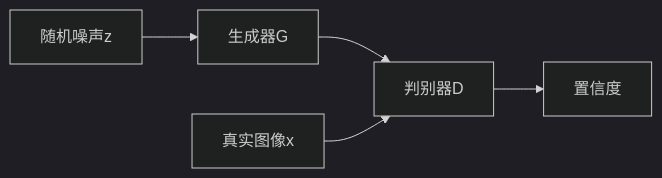
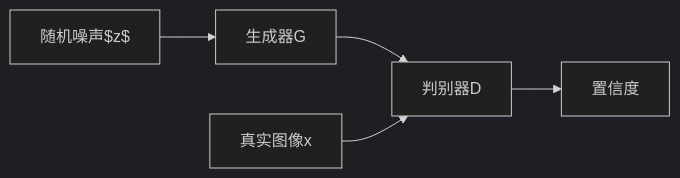
The diagram in _posts/2025-06-09-f-AnoGAN的前世今生.md (Edlinf/Edlinf.github.io), drawn with Mermaid (dark theme) before and after one commit.

````diff
--- a/_posts/2025-06-09-f-AnoGAN的前世今生.md
+++ b/_posts/2025-06-09-f-AnoGAN的前世今生.md
@@ -24,7 +24,7 @@
 ```mermaid
 graph LR
-    A[随机噪声z] --> B[生成器G]
+    A[随机噪声$z$] --> B[生成器G]
     B --> C[判别器D]
     D[真实图像x] --> C
     C --> E[置信度]
 ```
````
